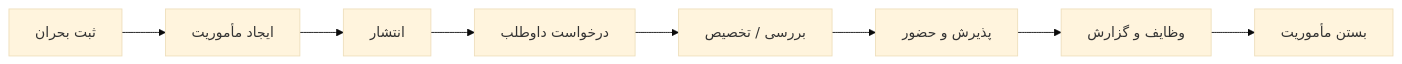
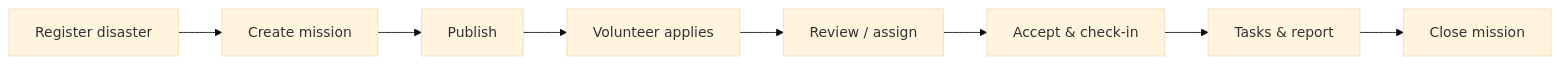
Before and after one commit to MehrabGholami/Panah: the sixth of 7 diagrams in README.md, drawn with Mermaid (base theme). The commit also changed other lines of this file, not shown here.

Commit message:
Simplify README: English prose and native Mermaid architecture diagrams.

````diff
--- a/README.md
+++ b/README.md
@@ -241,10 +183,10 @@
 ```mermaid
 flowchart LR
-    A[ثبت بحران] --> B[ایجاد مأموریت]
-    B --> C[انتشار]
-    C --> D[درخواست داوطلب]
-    D --> E[بررسی / تخصیص]
-    E --> F[پذیرش و حضور]
-    F --> G[وظایف و گزارش]
-    G --> H[بستن مأموریت]
+    A[Register disaster] --> B[Create mission]
+    B --> C[Publish]
+    C --> D[Volunteer applies]
+    D --> E[Review / assign]
+    E --> F[Accept & check-in]
+    F --> G[Tasks & report]
+    G --> H[Close mission]
 ```
````
